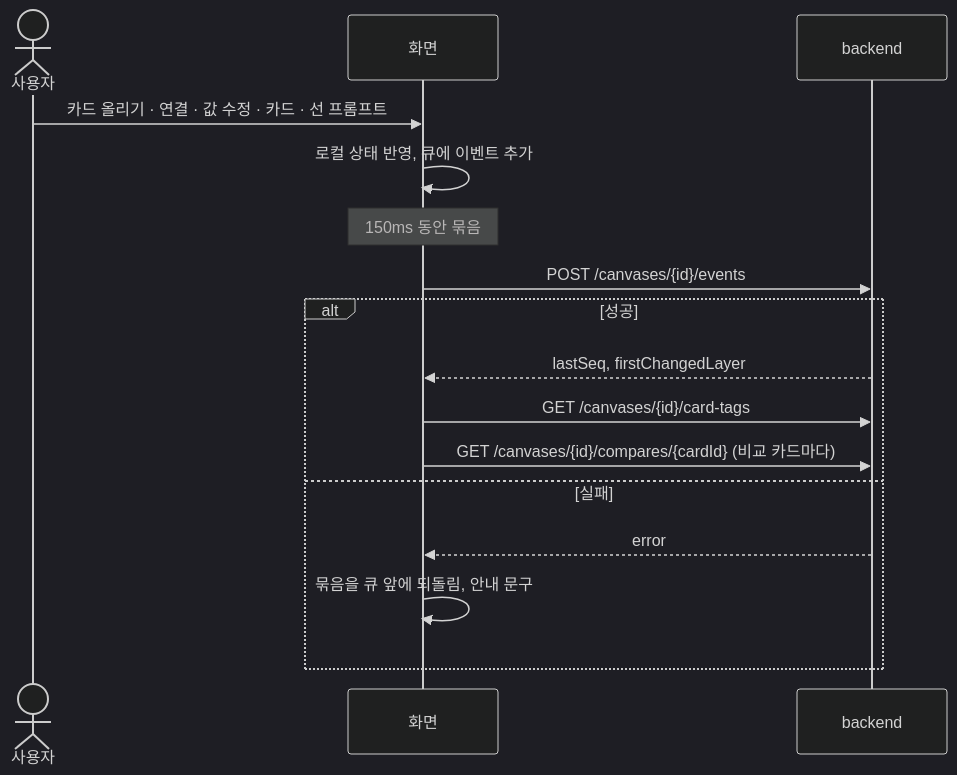
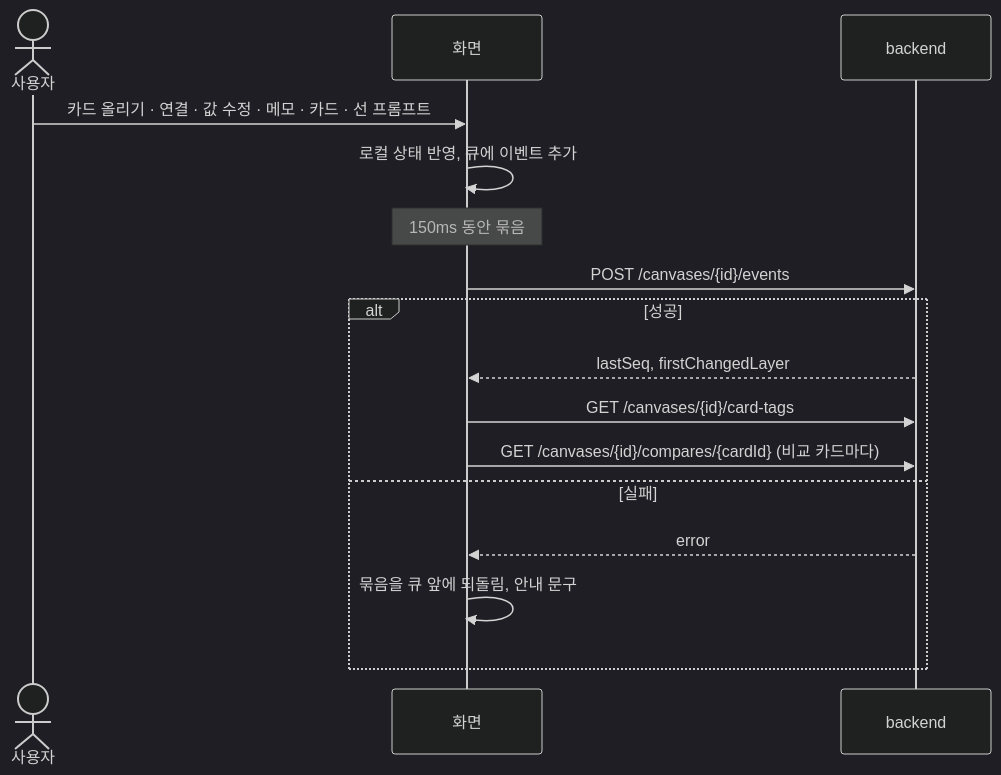
Before and after one commit to vamos-team/telescope: the fourth of 7 diagrams in docs/frontend/api-diagram.md, drawn with Mermaid (dark theme). The commit also changed other lines of this file and 3 other files, not shown here.

````diff
--- a/docs/frontend/api-diagram.md
+++ b/docs/frontend/api-diagram.md
@@ -106,19 +106,19 @@
 ```mermaid
 sequenceDiagram
   actor U as 사용자
   participant F as 화면
   participant B as backend
 
-  U->>F: 카드 올리기 · 연결 · 값 수정 · 카드 · 선 프롬프트
+  U->>F: 카드 올리기 · 연결 · 값 수정 · 메모 · 카드 · 선 프롬프트
   F->>F: 로컬 상태 반영, 큐에 이벤트 추가
   Note over F: 150ms 동안 묶음
   F->>B: POST /canvases/{id}/events
   alt 성공
     B-->>F: lastSeq, firstChangedLayer
     F->>B: GET /canvases/{id}/card-tags
     F->>B: GET /canvases/{id}/compares/{cardId} (비교 카드마다)
   else 실패
     B-->>F: error
     F->>F: 묶음을 큐 앞에 되돌림, 안내 문구
   end
 ```
````
